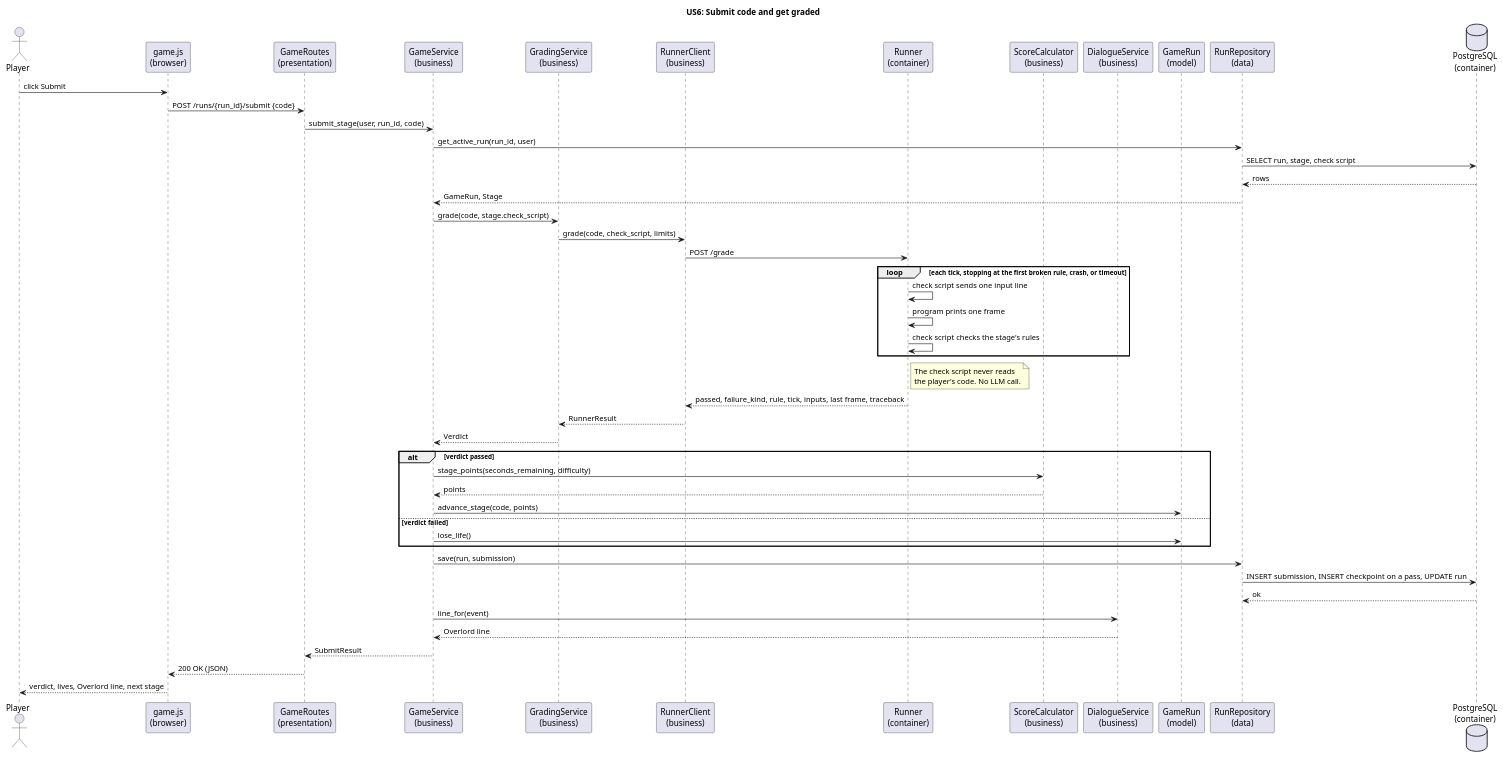
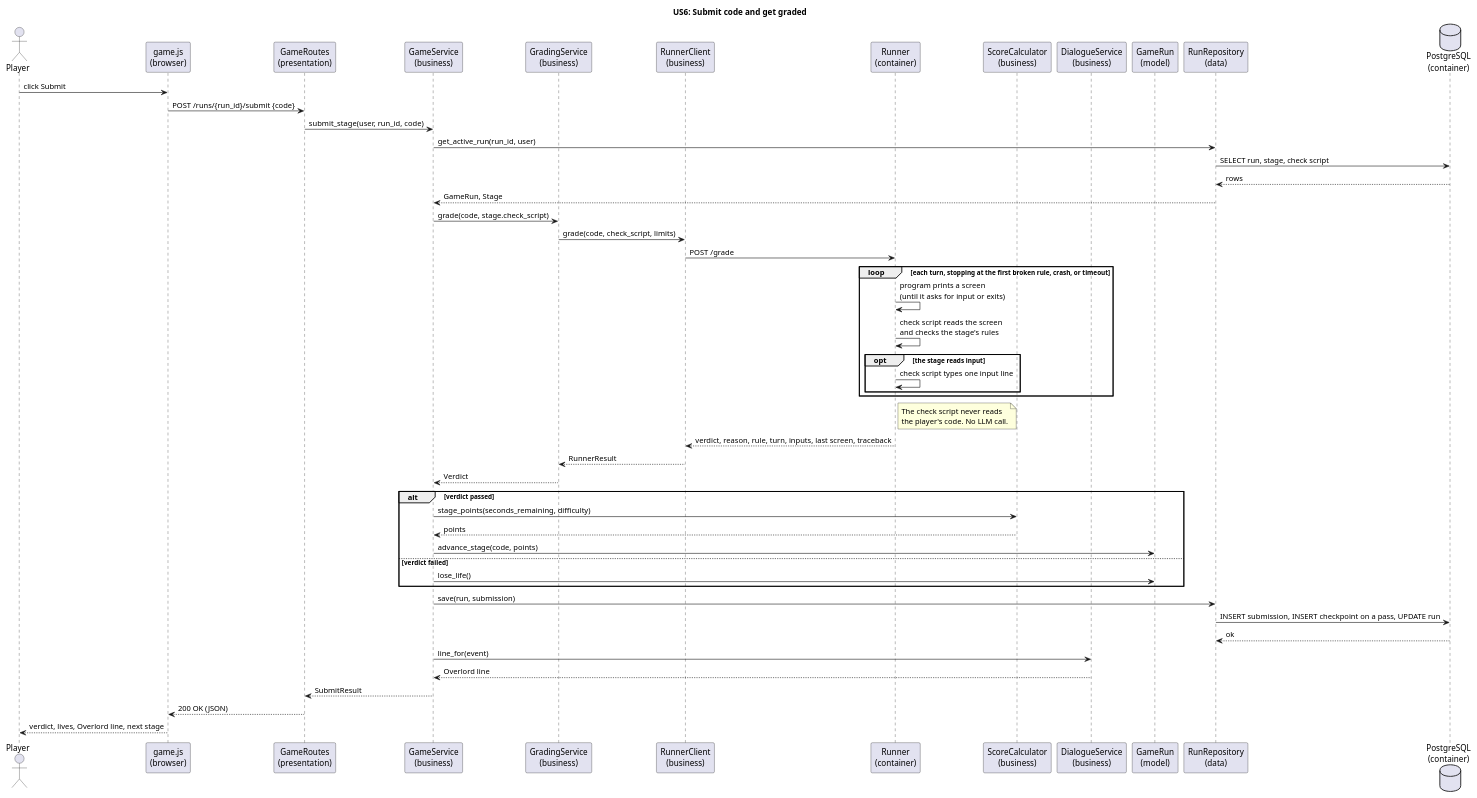
Before and after one commit to msu-denver/rokos-tasks: the diagram in uml/sequence-US6.wsd, drawn with PlantUML. The commit also changed 12 other files, not shown here.

First line of the commit message:
docs: describe the plain-script stage contract (#66)

```diff
--- a/uml/sequence-US6.wsd
+++ b/uml/sequence-US6.wsd
@@ -1,64 +1,66 @@
 @startuml sequence-US6
 ' File: sequence-US6.wsd
 ' Description: Sequence diagram for US6 (Submit code and get graded),
 '     showing how a submission moves through the presentation, business
 '     logic, and data access layers and the sandbox runner container.
 ' Author(s): <team member names>
 
 title US6: Submit code and get graded
 
 actor Player
 participant "game.js\n(browser)" as JS
 participant "GameRoutes\n(presentation)" as Routes
 participant "GameService\n(business)" as Game
 participant "GradingService\n(business)" as Grading
 participant "RunnerClient\n(business)" as RunnerClient
 participant "Runner\n(container)" as Runner
 participant "ScoreCalculator\n(business)" as Score
 participant "DialogueService\n(business)" as Dialogue
 participant "GameRun\n(model)" as Run
 participant "RunRepository\n(data)" as Repo
 database "PostgreSQL\n(container)" as DB
 
 Player -> JS : click Submit
 JS -> Routes : POST /runs/{run_id}/submit {code}
 Routes -> Game : submit_stage(user, run_id, code)
 
 Game -> Repo : get_active_run(run_id, user)
 Repo -> DB : SELECT run, stage, check script
 DB --> Repo : rows
 Repo --> Game : GameRun, Stage
 
 Game -> Grading : grade(code, stage.check_script)
 Grading -> RunnerClient : grade(code, check_script, limits)
 RunnerClient -> Runner : POST /grade
-loop each tick, stopping at the first broken rule, crash, or timeout
-    Runner -> Runner : check script sends one input line
-    Runner -> Runner : program prints one frame
-    Runner -> Runner : check script checks the stage's rules
+loop each turn, stopping at the first broken rule, crash, or timeout
+    Runner -> Runner : program prints a screen\n(until it asks for input or exits)
+    Runner -> Runner : check script reads the screen\nand checks the stage's rules
+    opt the stage reads input
+        Runner -> Runner : check script types one input line
+    end
 end
 note right of Runner : The check script never reads\nthe player's code. No LLM call.
-Runner --> RunnerClient : passed, failure_kind, rule, tick, inputs, last frame, traceback
+Runner --> RunnerClient : verdict, reason, rule, turn, inputs, last screen, traceback
 RunnerClient --> Grading : RunnerResult
 Grading --> Game : Verdict
 
 alt verdict passed
     Game -> Score : stage_points(seconds_remaining, difficulty)
     Score --> Game : points
     Game -> Run : advance_stage(code, points)
 else verdict failed
     Game -> Run : lose_life()
 end
 
 Game -> Repo : save(run, submission)
 Repo -> DB : INSERT submission, INSERT checkpoint on a pass, UPDATE run
 DB --> Repo : ok
 
 Game -> Dialogue : line_for(event)
 Dialogue --> Game : Overlord line
 
 Game --> Routes : SubmitResult
 Routes --> JS : 200 OK (JSON)
 JS --> Player : verdict, lives, Overlord line, next stage
 
 @enduml
```
